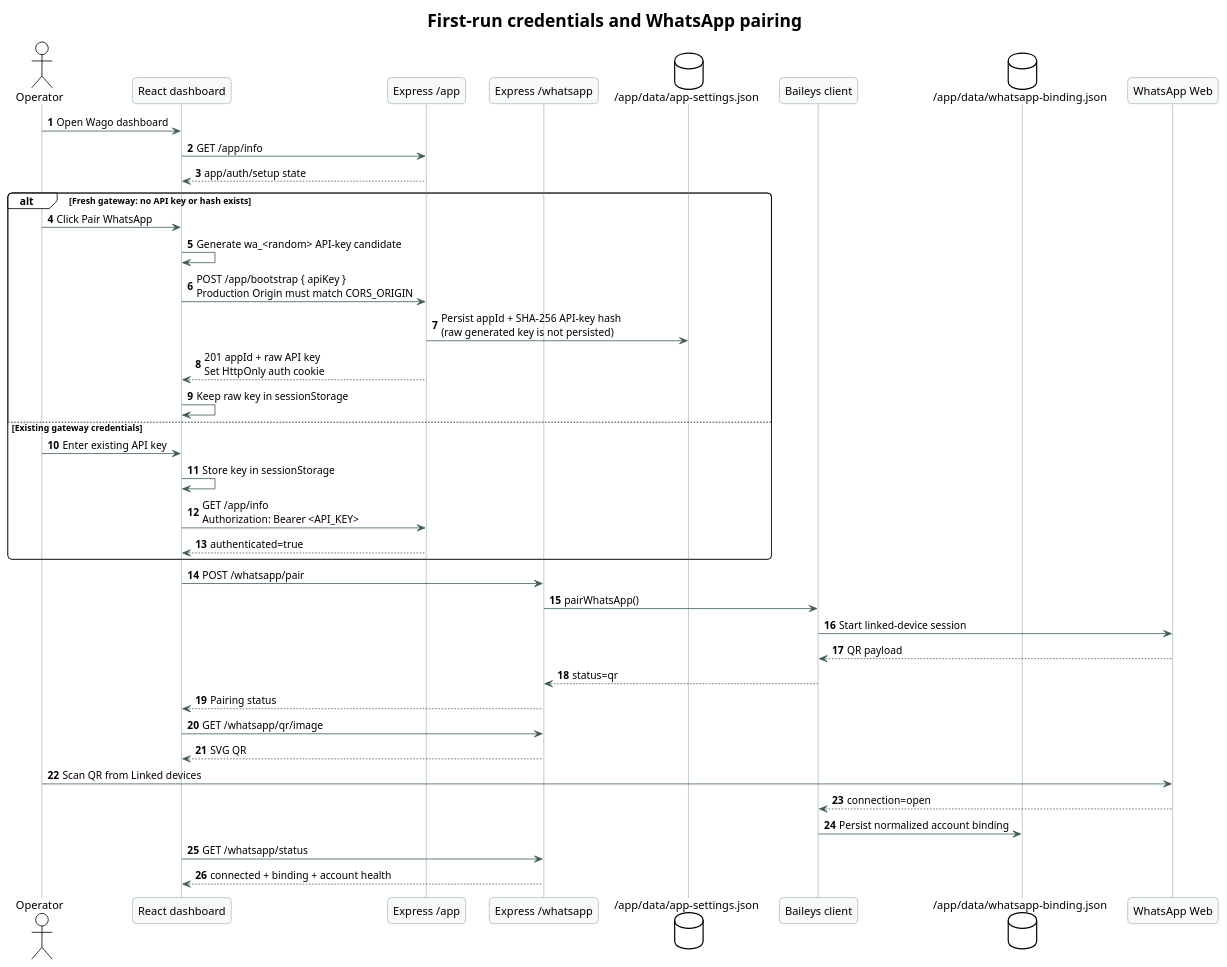
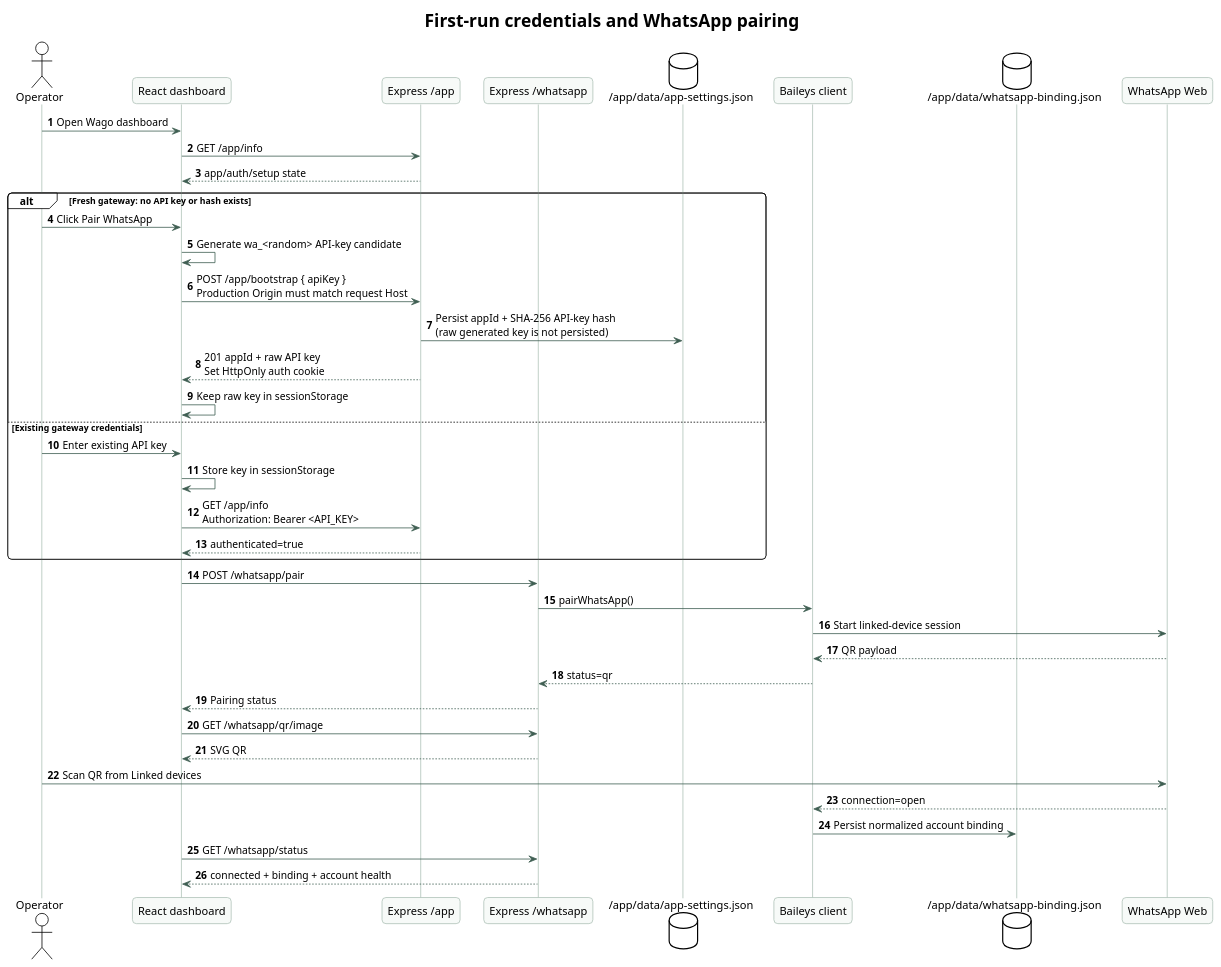
Before and after one commit to howlil/wago: the diagram in docs/diagrams/bootstrap-pairing-flow.puml, drawn with PlantUML. The commit also changed 19 other files, not shown here.

```diff
--- a/docs/diagrams/bootstrap-pairing-flow.puml
+++ b/docs/diagrams/bootstrap-pairing-flow.puml
@@ -1,56 +1,56 @@
 @startuml
 !theme plain
 skinparam backgroundColor #FFFFFF
 skinparam shadowing false
 skinparam roundcorner 10
 skinparam defaultFontName sans-serif
 skinparam ArrowColor #3F5E52
 skinparam ParticipantBorderColor #AFC2B9
 skinparam ParticipantBackgroundColor #F7FAF8
 skinparam SequenceLifeLineBorderColor #AFC2B9
 skinparam SequenceLifeLineBackgroundColor #F7FAF8
 
 title First-run credentials and WhatsApp pairing
 
 autonumber
 actor Operator
 participant "React dashboard" as UI
 participant "Express /app" as App
 participant "Express /whatsapp" as WaRoutes
 database "/app/data/app-settings.json" as Settings
 participant "Baileys client" as Baileys
 database "/app/data/whatsapp-binding.json" as Binding
 participant "WhatsApp Web" as WhatsApp
 
 Operator -> UI : Open Wago dashboard
 UI -> App : GET /app/info
 App --> UI : app/auth/setup state
 
 alt Fresh gateway: no API key or hash exists
   Operator -> UI : Click Pair WhatsApp
   UI -> UI : Generate wa_<random> API-key candidate
-  UI -> App : POST /app/bootstrap { apiKey }\nProduction Origin must match CORS_ORIGIN
+  UI -> App : POST /app/bootstrap { apiKey }\nProduction Origin must match request Host
   App -> Settings : Persist appId + SHA-256 API-key hash\n(raw generated key is not persisted)
   App --> UI : 201 appId + raw API key\nSet HttpOnly auth cookie
   UI -> UI : Keep raw key in sessionStorage
 else Existing gateway credentials
   Operator -> UI : Enter existing API key
   UI -> UI : Store key in sessionStorage
   UI -> App : GET /app/info\nAuthorization: Bearer <API_KEY>
   App --> UI : authenticated=true
 end
 
 UI -> WaRoutes : POST /whatsapp/pair
 WaRoutes -> Baileys : pairWhatsApp()
 Baileys -> WhatsApp : Start linked-device session
 WhatsApp --> Baileys : QR payload
 Baileys --> WaRoutes : status=qr
 WaRoutes --> UI : Pairing status
 UI -> WaRoutes : GET /whatsapp/qr/image
 WaRoutes --> UI : SVG QR
 Operator -> WhatsApp : Scan QR from Linked devices
 WhatsApp --> Baileys : connection=open
 Baileys -> Binding : Persist normalized account binding
 UI -> WaRoutes : GET /whatsapp/status
 WaRoutes --> UI : connected + binding + account health
 @enduml
```
